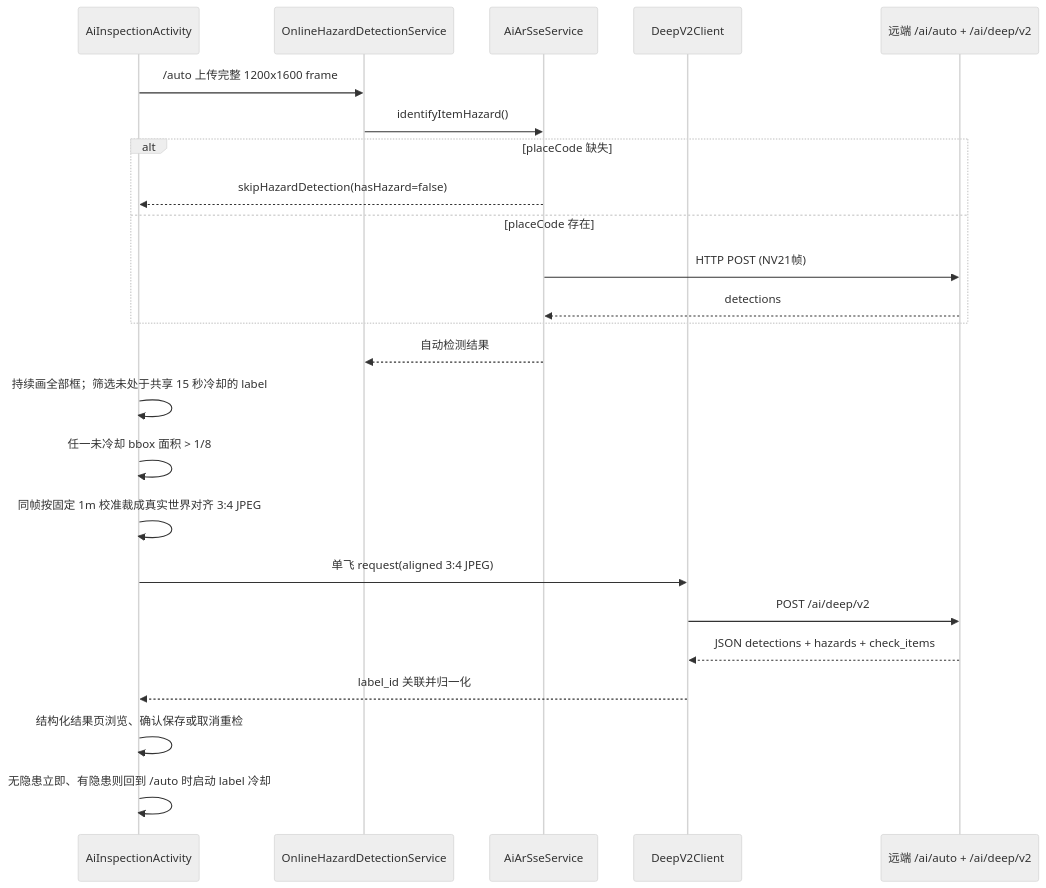
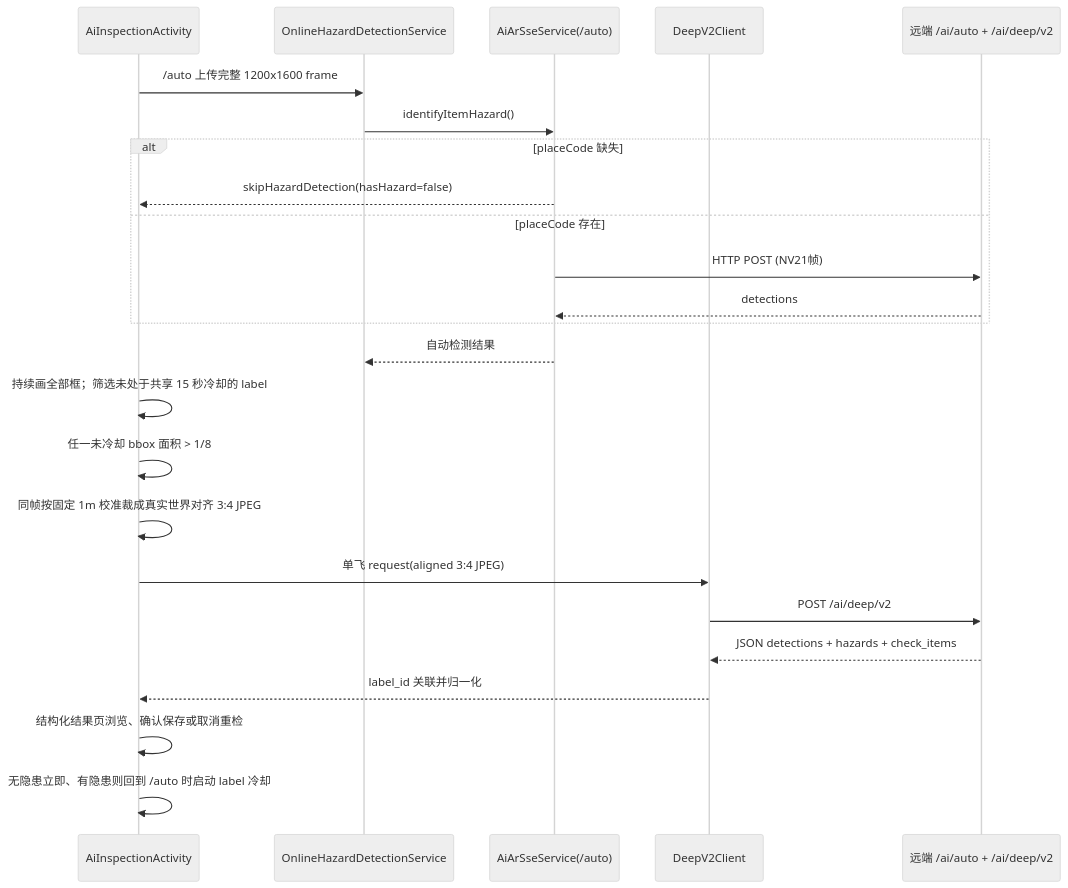
One commit to WuChaoli/HiddenRiskGlass changed the fourth of 9 diagrams in docs/CODEMAPS.md. Above: the diagram before and after it, drawn with Mermaid (neutral theme). The commit also changed other lines of this file and 3 other files, not shown here.

````diff
--- a/docs/CODEMAPS.md
+++ b/docs/CODEMAPS.md
@@ -191,27 +191,27 @@
 ```mermaid
 sequenceDiagram
     participant AI as AiInspectionActivity
     participant ODS as OnlineHazardDetectionService
-    participant SSE as AiArSseService
+    participant SSE as AiArSseService(/auto)
     participant V2 as DeepV2Client
     participant Remote as 远端 /ai/auto + /ai/deep/v2
 
     AI->>ODS: /auto 上传完整 1200x1600 frame
     ODS->>SSE: identifyItemHazard()
     alt placeCode 缺失
         SSE-->>AI: skipHazardDetection(hasHazard=false)
     else placeCode 存在
         SSE->>Remote: HTTP POST (NV21帧)
         Remote-->>SSE: detections
     end
     SSE-->>ODS: 自动检测结果
     AI->>AI: 持续画全部框；筛选未处于共享 15 秒冷却的 label
     AI->>AI: 任一未冷却 bbox 面积 > 1/8
     AI->>AI: 同帧按固定 1m 校准裁成真实世界对齐 3:4 JPEG
     AI->>V2: 单飞 request(aligned 3:4 JPEG)
     V2->>Remote: POST /ai/deep/v2
     Remote-->>V2: JSON detections + hazards + check_items
     V2-->>AI: label_id 关联并归一化
     AI->>AI: 结构化结果页浏览、确认保存或取消重检
     AI->>AI: 无隐患立即、有隐患则回到 /auto 时启动 label 冷却
 ```
````
